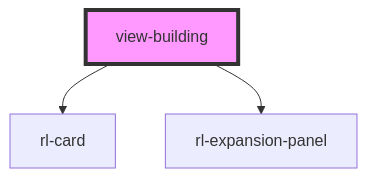
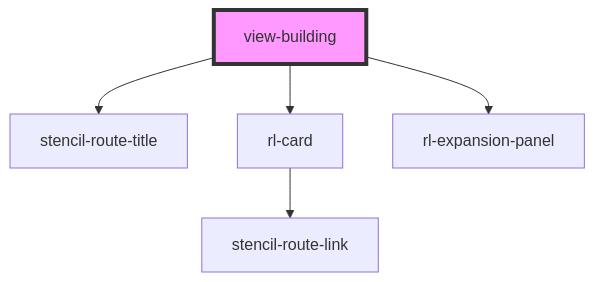
One commit to torontomulibrary/building-info-system changed the diagram in src/views/view-building/readme.md. Above: the diagram before and after it, drawn with Mermaid. The commit also changed other lines of this file and 11 other files, not shown here.

````diff
--- a/src/views/view-building/readme.md
+++ b/src/views/view-building/readme.md
@@ -24,6 +25,8 @@
 ```mermaid
 graph TD;
+  view-building --> stencil-route-title
   view-building --> rl-card
   view-building --> rl-expansion-panel
+  rl-card --> stencil-route-link
   style view-building fill:#f9f,stroke:#333,stroke-width:4px
 ```
````
